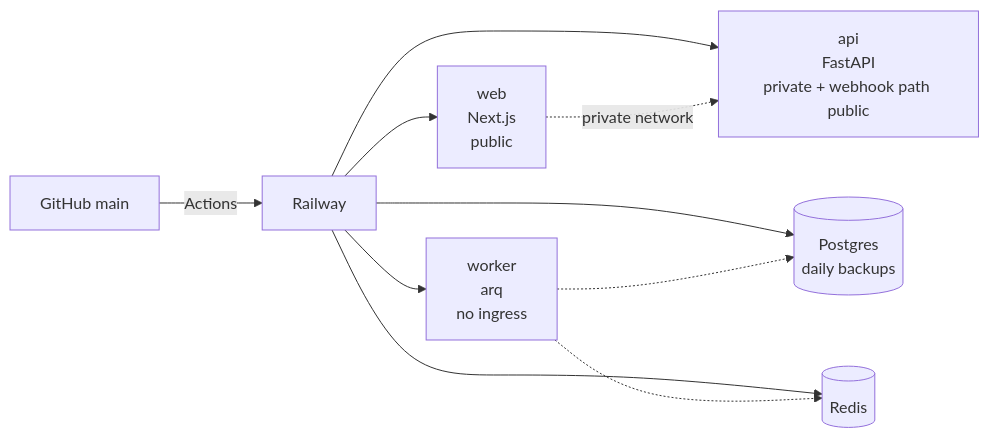
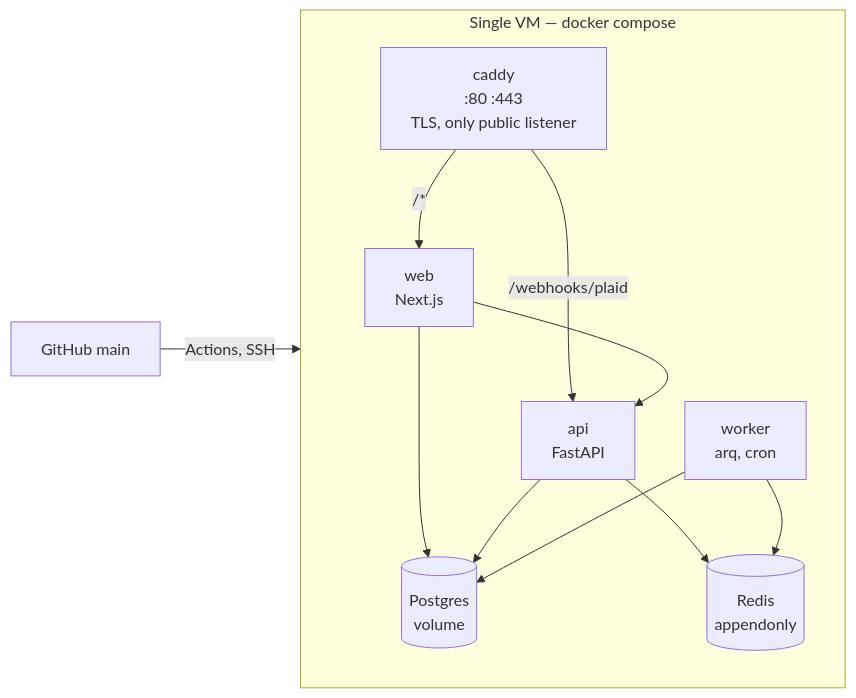
One commit to sadid-ethun/finance-tracker changed the fifth of 6 diagrams in PLAN.md. Above: the diagram before and after it, drawn with Mermaid. The commit also changed other lines of this file and 12 other files, not shown here.

````diff
--- a/PLAN.md
+++ b/PLAN.md
@@ -715,12 +717,20 @@
 ```mermaid
 graph LR
-    GH[GitHub main] -->|Actions| RW[Railway]
-    RW --> W["web<br/>Next.js<br/>public"]
-    RW --> A["api<br/>FastAPI<br/>private + webhook path public"]
-    RW --> K["worker<br/>arq<br/>no ingress"]
-    RW --> DB[("Postgres<br/>daily backups")]
-    RW --> R[("Redis")]
-    W -.private network.-> A
-    K -.-> DB
-    K -.-> R
+    GH[GitHub main] -->|Actions, SSH| VM[VM]
+    subgraph VM["Single VM — docker compose"]
+        C["caddy<br/>:80 :443<br/>TLS, only public listener"]
+        W["web<br/>Next.js"]
+        A["api<br/>FastAPI"]
+        K["worker<br/>arq, cron"]
+        DB[("Postgres<br/>volume")]
+        R[("Redis<br/>appendonly")]
+    end
+    C -->|"/*"| W
+    C -->|"/webhooks/plaid"| A
+    W --> A
+    W --> DB
+    A --> DB
+    A --> R
+    K --> DB
+    K --> R
 ```
````
